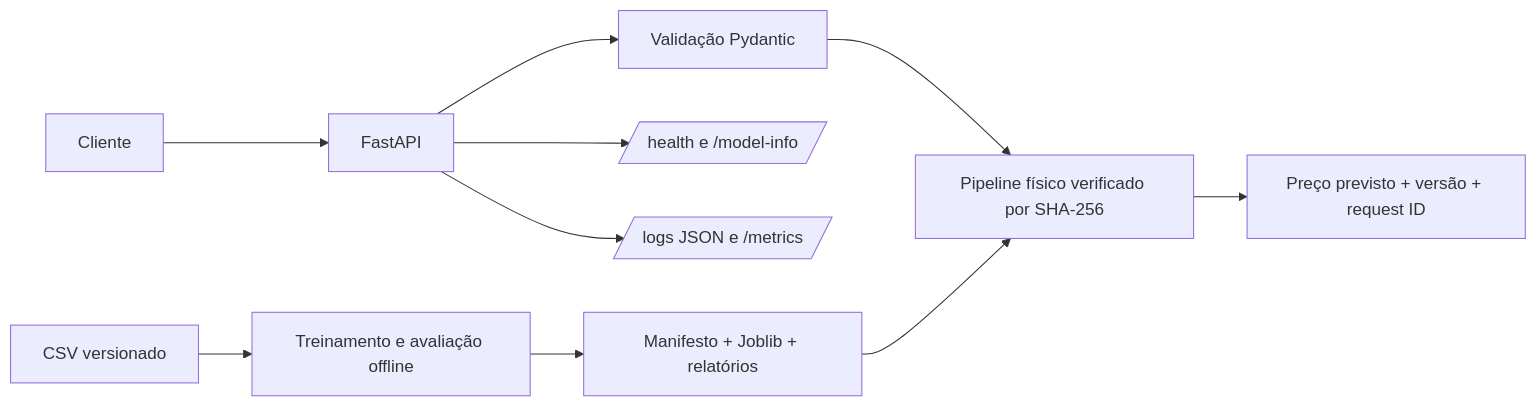
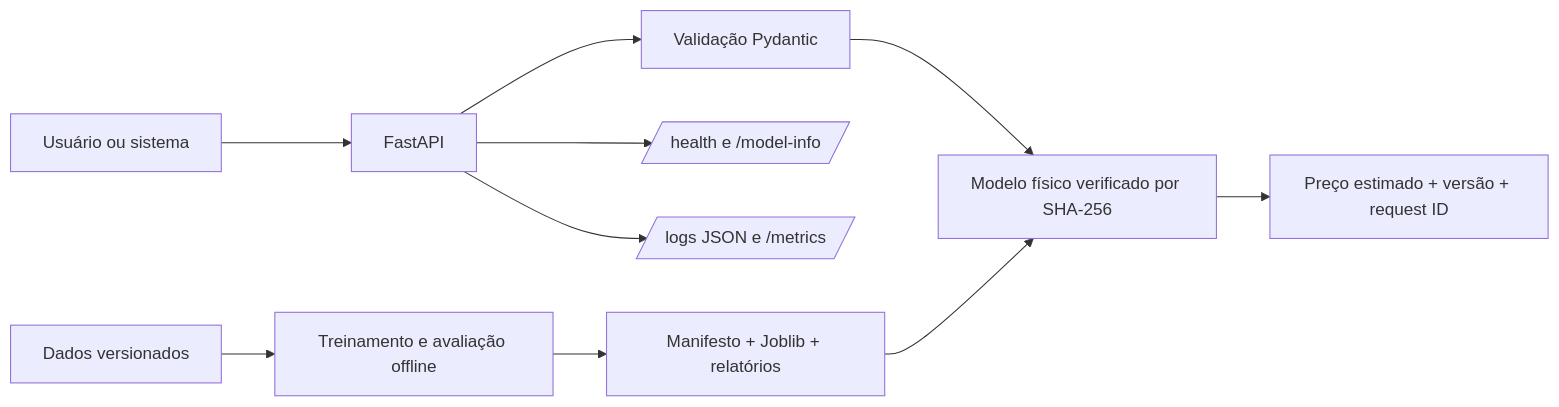
The diagram in README.md (Umbura/property-value-insights), drawn with Mermaid before and after one commit. The commit also changed other lines of this file, not shown here.

````diff
--- a/README.md
+++ b/README.md
@@ -49,12 +170,12 @@
 ```mermaid
 flowchart LR
-    C[Cliente] --> A[FastAPI]
+    U[Usuário ou sistema] --> A[FastAPI]
     A --> V[Validação Pydantic]
-    V --> M[Pipeline físico verificado por SHA-256]
-    M --> P[Preço previsto + versão + request ID]
+    V --> M[Modelo físico verificado por SHA-256]
+    M --> P[Preço estimado + versão + request ID]
     A --> H[/health e /model-info/]
     A --> O[/logs JSON e /metrics/]
-    D[CSV versionado] --> T[Treinamento e avaliação offline]
+    D[Dados versionados] --> T[Treinamento e avaliação offline]
     T --> G[Manifesto + Joblib + relatórios]
     G --> M
 ```
````
